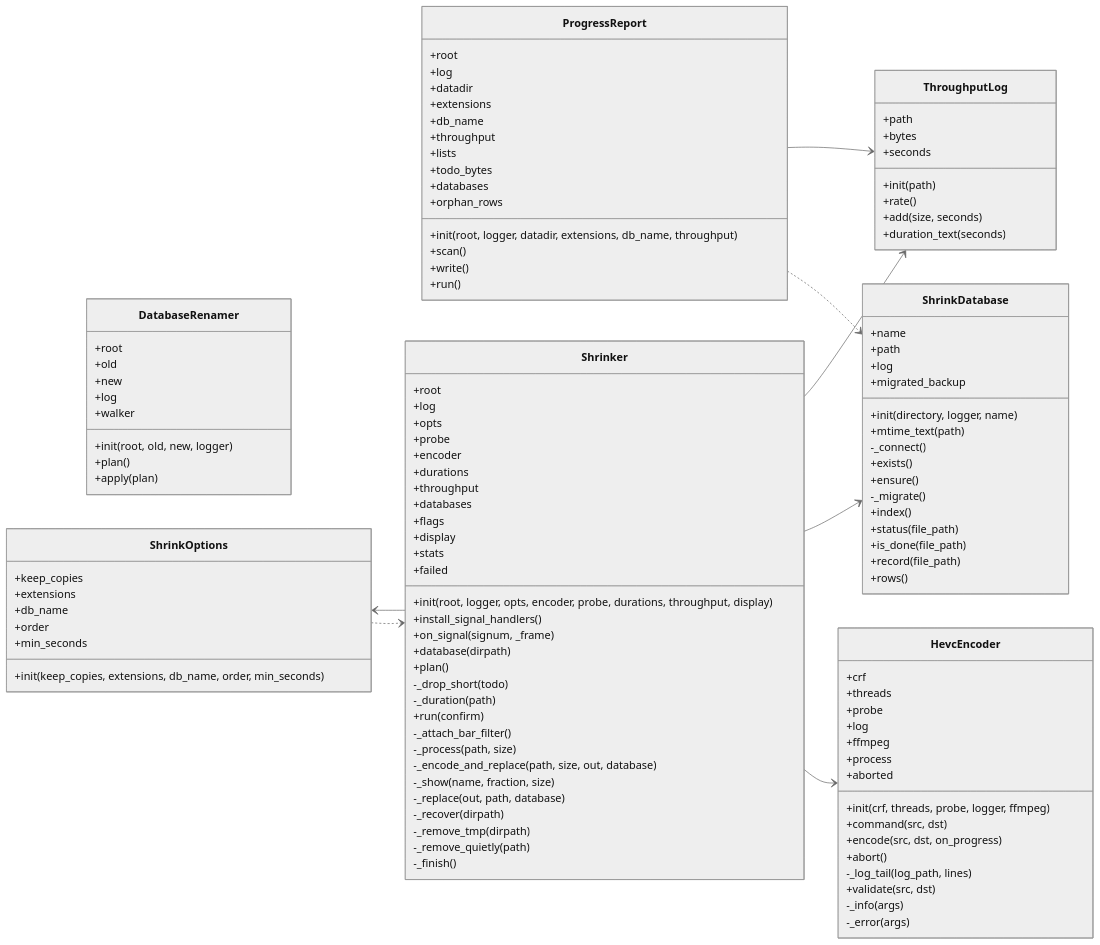
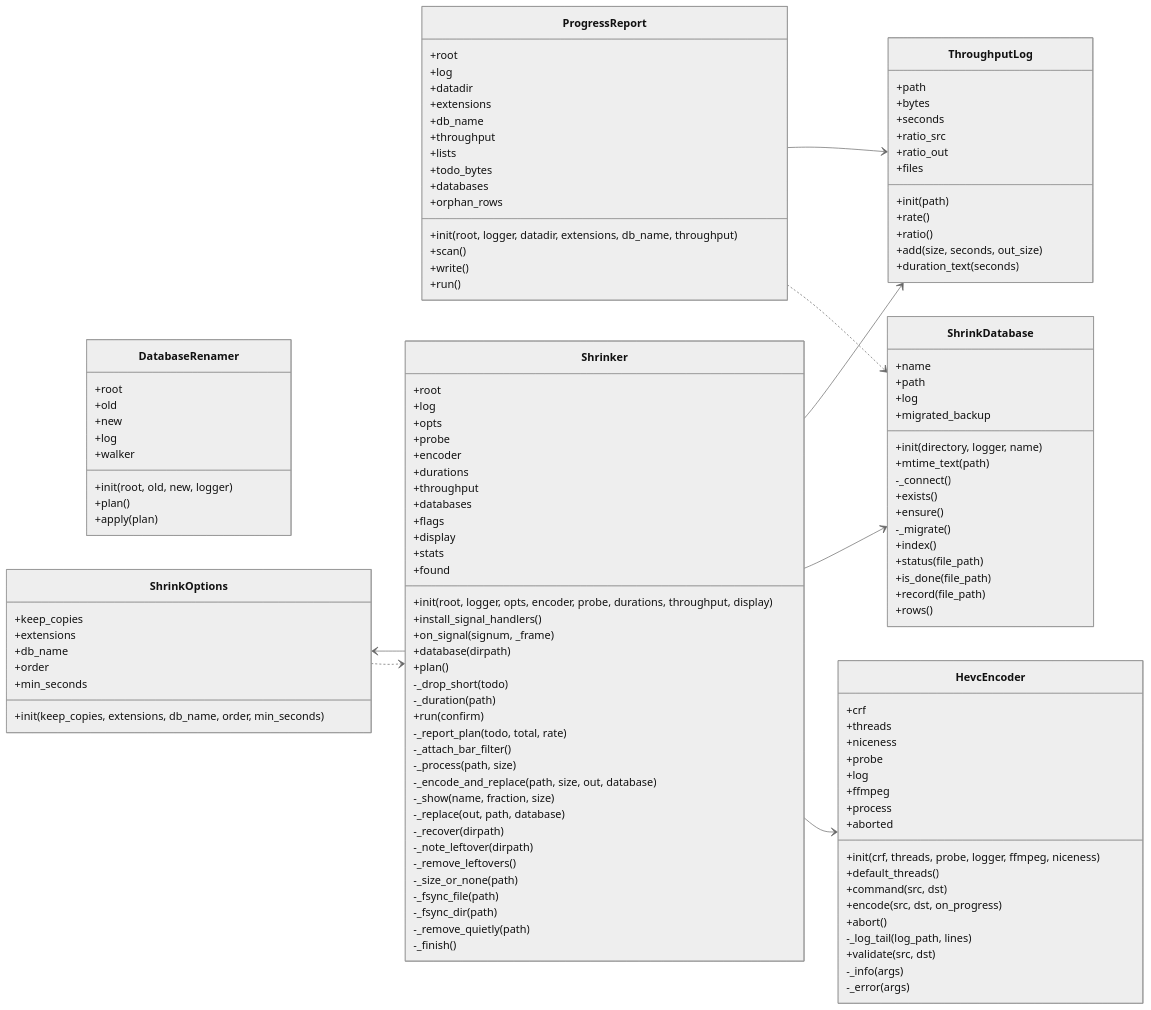
Before and after one commit to peddanet/mediatools: the diagram in docs/img/uml_shrink.mmd, drawn with Mermaid (neutral theme). The commit also changed 14 other files, not shown here.

```diff
--- a/docs/img/uml_shrink.mmd
+++ b/docs/img/uml_shrink.mmd
@@ -1,117 +1,128 @@
 classDiagram
   direction LR
   class ShrinkDatabase {
     +name
     +path
     +log
     +migrated_backup
     +init(directory, logger, name)
     +mtime_text(path)
     -_connect()
     +exists()
     +ensure()
     -_migrate()
     +index()
     +status(file_path)
     +is_done(file_path)
     +record(file_path)
     +rows()
   }
   class DatabaseRenamer {
     +root
     +old
     +new
     +log
     +walker
     +init(root, old, new, logger)
     +plan()
     +apply(plan)
   }
   class HevcEncoder {
     +crf
     +threads
+    +niceness
     +probe
     +log
     +ffmpeg
     +process
     +aborted
-    +init(crf, threads, probe, logger, ffmpeg)
+    +init(crf, threads, probe, logger, ffmpeg, niceness)
+    +default_threads()
     +command(src, dst)
     +encode(src, dst, on_progress)
     +abort()
     -_log_tail(log_path, lines)
     +validate(src, dst)
     -_info(args)
     -_error(args)
   }
   class ShrinkOptions {
     +keep_copies
     +extensions
     +db_name
     +order
     +min_seconds
     +init(keep_copies, extensions, db_name, order, min_seconds)
   }
   class ProgressReport {
     +root
     +log
     +datadir
     +extensions
     +db_name
     +throughput
     +lists
     +todo_bytes
     +databases
     +orphan_rows
     +init(root, logger, datadir, extensions, db_name, throughput)
     +scan()
     +write()
     +run()
   }
   class Shrinker {
     +root
     +log
     +opts
     +probe
     +encoder
     +durations
     +throughput
     +databases
     +flags
     +display
     +stats
-    +failed
+    +found
     +init(root, logger, opts, encoder, probe, durations, throughput, display)
     +install_signal_handlers()
     +on_signal(signum, _frame)
     +database(dirpath)
     +plan()
     -_drop_short(todo)
     -_duration(path)
     +run(confirm)
+    -_report_plan(todo, total, rate)
     -_attach_bar_filter()
     -_process(path, size)
     -_encode_and_replace(path, size, out, database)
     -_show(name, fraction, size)
     -_replace(out, path, database)
     -_recover(dirpath)
-    -_remove_tmp(dirpath)
+    -_note_leftover(dirpath)
+    -_remove_leftovers()
+    -_size_or_none(path)
+    -_fsync_file(path)
+    -_fsync_dir(path)
     -_remove_quietly(path)
     -_finish()
   }
   class ThroughputLog {
     +path
     +bytes
     +seconds
+    +ratio_src
+    +ratio_out
+    +files
     +init(path)
     +rate()
-    +add(size, seconds)
+    +ratio()
+    +add(size, seconds, out_size)
     +duration_text(seconds)
   }
   ShrinkOptions ..> Shrinker
   ProgressReport ..> ShrinkDatabase
   ProgressReport --> ThroughputLog
   Shrinker --> HevcEncoder
   Shrinker --> ShrinkDatabase
   Shrinker --> ShrinkOptions
   Shrinker --> ThroughputLog
```
